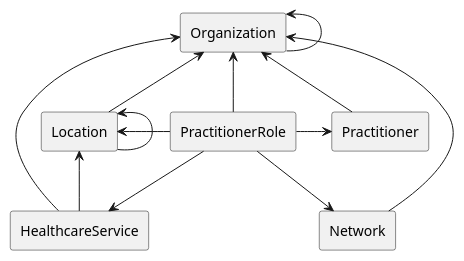
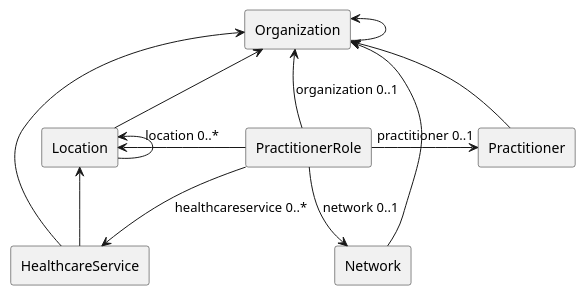
One commit to HL7/fhir-us-ndh changed the diagram in input/images-source/RelPractitionerRole.plantuml. Above: the diagram before and after it, drawn with PlantUML. The commit also changed 31 other files, not shown here.

```diff
--- a/input/images-source/RelPractitionerRole.plantuml
+++ b/input/images-source/RelPractitionerRole.plantuml
@@ -1,24 +1,24 @@
 @startuml
 
 agent PractitionerRole as practitionerRole
 agent Practitioner as practitioner
 agent Organization as organization
 agent Location as location
 agent Network as network
 agent HealthcareService as service
 
 
-practitionerRole -right-> practitioner
-practitionerRole -up-> organization
-practitionerRole -down-> service
-practitionerRole -down-> network 
-practitionerRole -left-> location
+practitionerRole -right-> practitioner: "practitioner 0..1"
+practitionerRole -up-> organization: "organization 0..1"
+practitionerRole -down-> service: "healthcareservice 0..*"
+practitionerRole -down-> network: "network 0..1"
+practitionerRole -left-> location: "location 0..*"
 location -up-> location
-location -up-> organization
+location -up-> organization 
 organization -up-> organization
 service -up-> location
 service -up-> organization
 network -up-> organization
 practitioner -up-> organization
 
 @enduml
```
